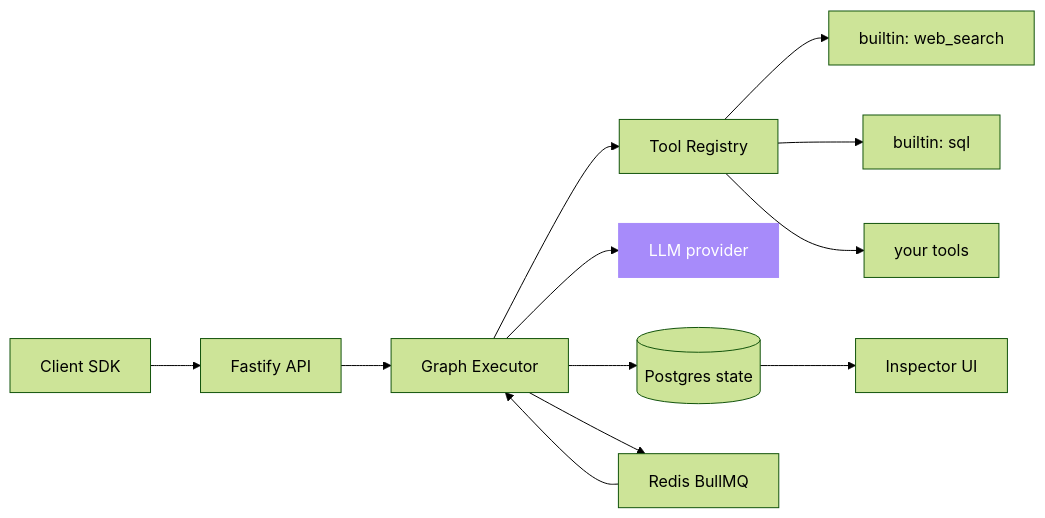
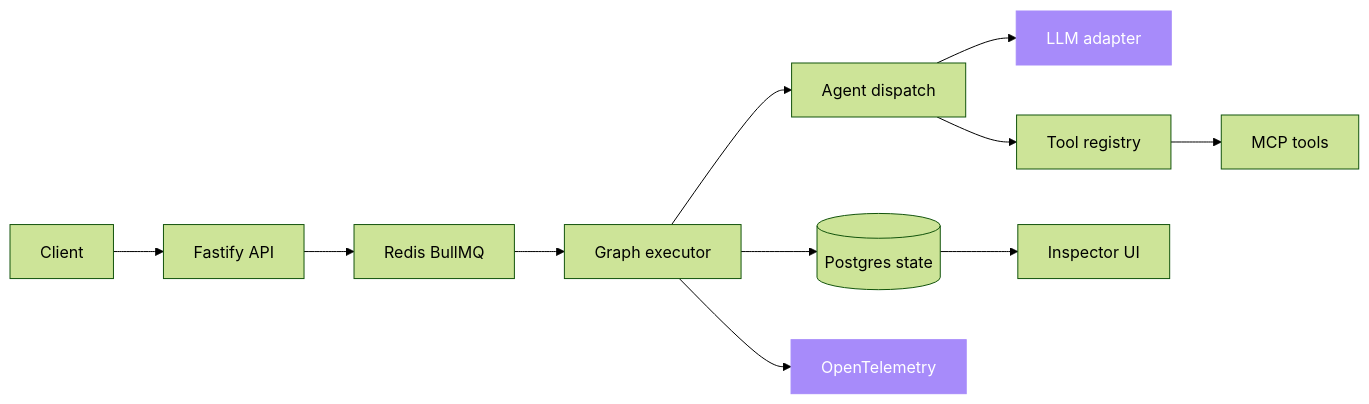
One commit to sarmakska/agent-orchestrator changed the diagram in README.md. Above: the diagram before and after it, drawn with Mermaid (forest theme). The commit also changed other lines of this file and 4 other files, not shown here.

First line of the commit message:
docs: rewrite README and add ARCHITECTURE, ROADMAP and CHANGELOG for 1.1.0

````diff
--- a/README.md
+++ b/README.md
@@ -22,17 +29,16 @@
 ```mermaid
 graph LR
-  C[Client SDK] --> API[Fastify API]
-  API --> EX[Graph Executor]
-  EX --> R[Tool Registry]
-  R --> T1[builtin: web_search]
-  R --> T2[builtin: sql]
-  R --> T3[your tools]
-  EX --> LLM[LLM provider]
+  C[Client] --> API[Fastify API]
+  API --> Q[Redis BullMQ]
+  Q --> EX[Graph executor]
+  EX --> AG[Agent dispatch]
+  AG --> LLM[LLM adapter]
+  AG --> R[Tool registry]
+  R --> MCP[MCP tools]
   EX --> S[(Postgres state)]
-  EX --> Q[Redis BullMQ]
+  EX --> OT[OpenTelemetry]
   S --> I[Inspector UI]
-  Q --> EX
 
   classDef ext fill:#a78bfa,stroke:#a78bfa,color:#fff
-  class LLM ext
+  class LLM,OT ext
 ```
````
